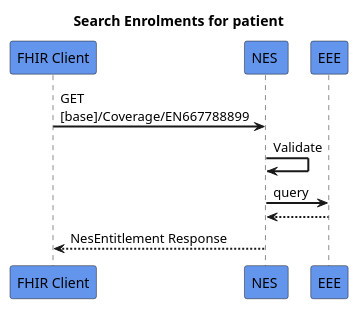
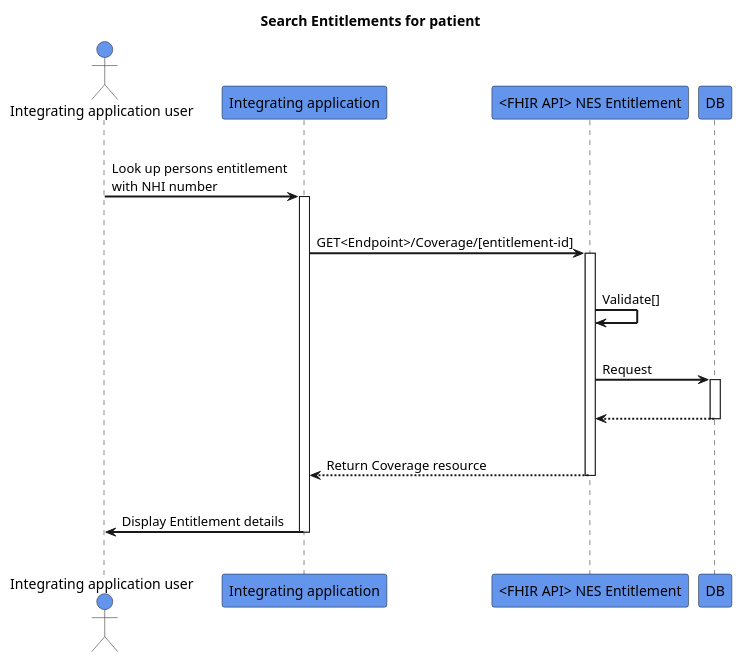
The diagram in input/images-source/get-entitlement.plantuml (HL7NZ/nes-ig), drawn with PlantUML before and after one commit.

```diff
--- a/input/images-source/get-entitlement.plantuml
+++ b/input/images-source/get-entitlement.plantuml
@@ -1,18 +1,32 @@
 @startuml
 skinparam sequenceArrowThickness 2
 skinparam roundcorner 5
 skinparam maxmessagesize 180
 skinparam sequenceParticipant bold
-title  Search Enrolments for patient
-participant "FHIR Client" as A #CornflowerBlue
-participant "NES " as B #CornflowerBlue
-participant "EEE" as C #CornflowerBlue
-
-A -> B: GET [base]/Coverage/EN667788899
-B -> B: Validate
-B -> C: query
-C -[dashed]-> B:
-
-B -[dashed]-> A: NesEntitlement Response 
-
+title Search Entitlements for patient
+actor "Integrating application user" as User #CornflowerBlue
+participant "Integrating application" as A #CornflowerBlue
+participant "<FHIR API> NES Entitlement" as B #CornflowerBlue
+participant "DB" as C #CornflowerBlue
+|||
+User -> A: Look up persons entitlement with NHI number
+activate A
+|||
+A -> B: GET<Endpoint>/Coverage/[entitlement-id]
+activate B
+|||
+B -> B: Validate[]
+|||
+B -> C: Request
+activate C
+|||
+C -[dashed]-> B:  
+deactivate C
+|||
+B -[dashed]-> A :Return Coverage resource
+deactivate B
+|||
+A -> User: Display Entitlement details
+deactivate A
+|||
 @enduml
```
